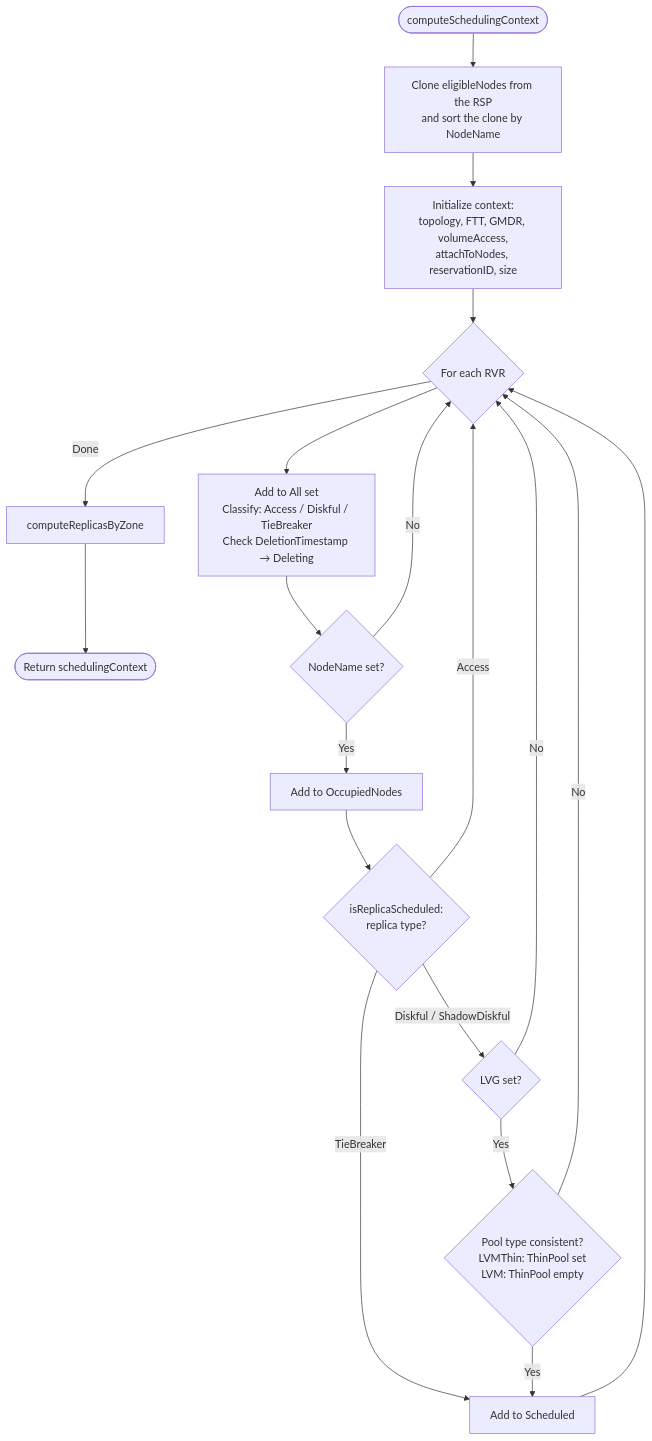
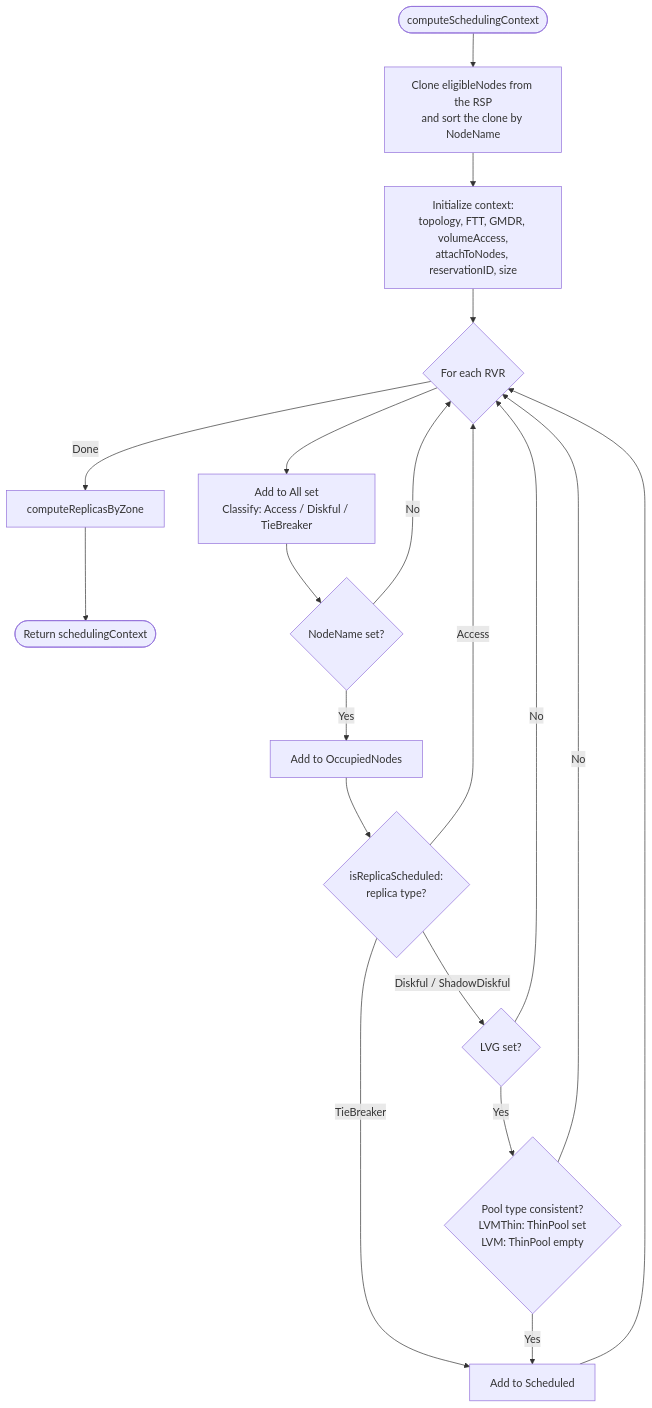
Before and after one commit to AleksZimin/sds-replicated-volume: the third of 5 diagrams in images/controller/internal/controllers/rvr_scheduling_controller/README.md, drawn with Mermaid. The commit also changed other lines of this file, not shown here.

First line of the commit message:
[controller] Sync rvr_scheduling_controller README with scheduling context code

````diff
--- a/images/controller/internal/controllers/rvr_scheduling_controller/README.md
+++ b/images/controller/internal/controllers/rvr_scheduling_controller/README.md
@@ -348,23 +349,23 @@
 ```mermaid
 flowchart TD
     Start([computeSchedulingContext]) --> SortNodes["Clone eligibleNodes from the RSP<br/>and sort the clone by NodeName"]
     SortNodes --> InitCtx["Initialize context:<br/>topology, FTT, GMDR, volumeAccess,<br/>attachToNodes, reservationID, size"]
 
     InitCtx --> LoopRVR{For each RVR}
     LoopRVR -->|Done| ComputeZones[computeReplicasByZone]
     ComputeZones --> Return([Return schedulingContext])
 
-    LoopRVR --> Classify["Add to All set<br/>Classify: Access / Diskful / TieBreaker<br/>Check DeletionTimestamp → Deleting"]
+    LoopRVR --> Classify["Add to All set<br/>Classify: Access / Diskful / TieBreaker"]
     Classify --> CheckNode{NodeName set?}
     CheckNode -->|No| LoopRVR
     CheckNode -->|Yes| MarkOccupied[Add to OccupiedNodes]
     MarkOccupied --> CheckType{"isReplicaScheduled:<br/>replica type?"}
     CheckType -->|TieBreaker| MarkScheduled[Add to Scheduled]
     CheckType -->|Access| LoopRVR
     CheckType -->|Diskful / ShadowDiskful| CheckLVG{LVG set?}
     CheckLVG -->|No| LoopRVR
     CheckLVG -->|Yes| CheckPoolType{"Pool type consistent?<br/>LVMThin: ThinPool set<br/>LVM: ThinPool empty"}
     CheckPoolType -->|Yes| MarkScheduled
     CheckPoolType -->|No| LoopRVR
     MarkScheduled --> LoopRVR
 ```
````
